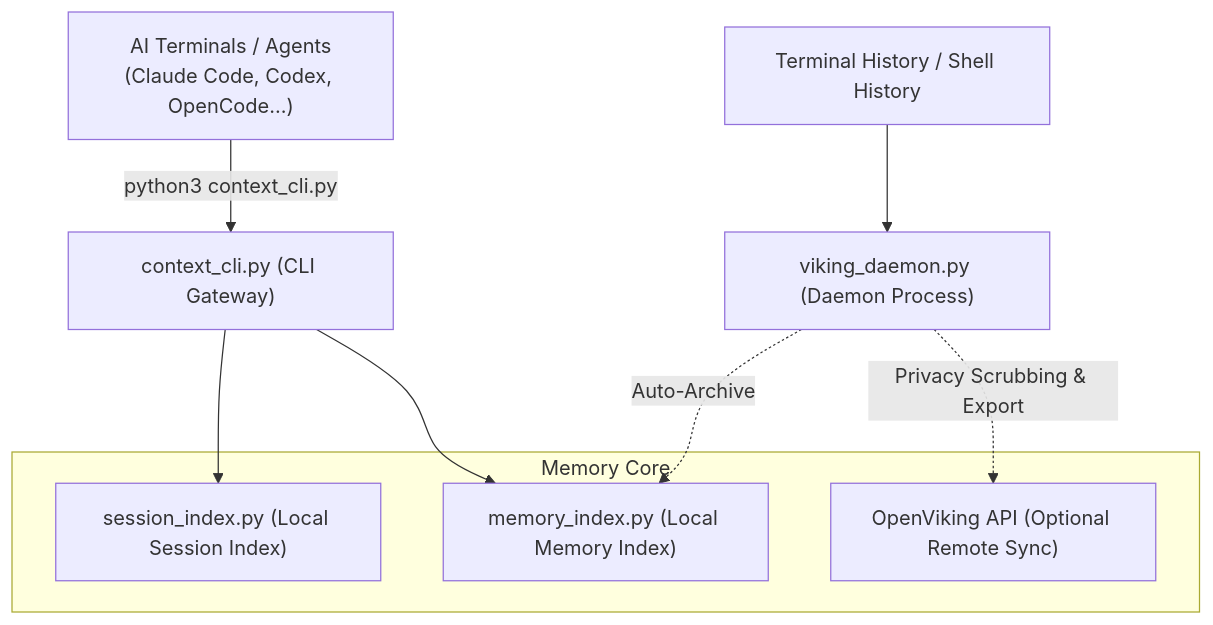
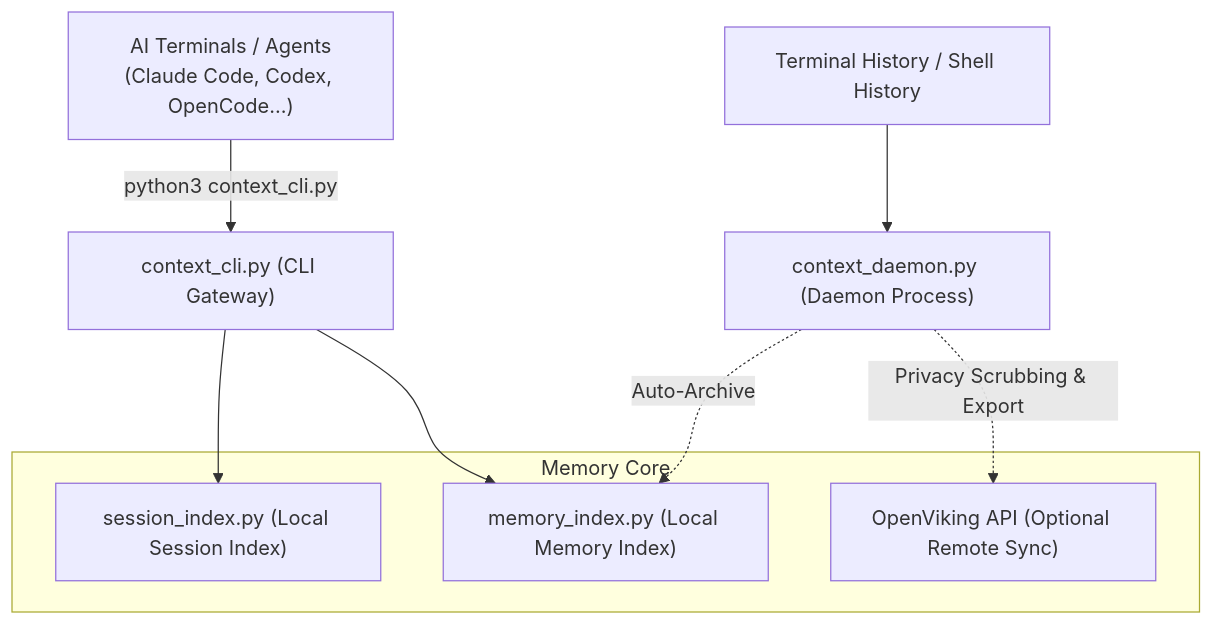
One commit to dunova/context-mesh-foundry changed the second of 2 diagrams in README.md. Above: the diagram before and after it, drawn with Mermaid. The commit also changed other lines of this file and 3 other files, not shown here.

Commit message:
docs: align user-facing naming with context daemon

````diff
--- a/README.md
+++ b/README.md
@@ -296,14 +297,14 @@
 ```mermaid
 graph TD
     A["AI Terminals / Agents<br/>(Claude Code, Codex, OpenCode...)"] -->|python3 context_cli.py| B["context_cli.py (CLI Gateway)"]
     subgraph "Memory Core"
         C["session_index.py (Local Session Index)"]
         D["memory_index.py (Local Memory Index)"]
         E["OpenViking API (Optional Remote Sync)"]
     end
     B --> C
     B --> D
-    F["viking_daemon.py (Daemon Process)"] -.->|Auto-Archive| D
+    F["context_daemon.py (Daemon Process)"] -.->|Auto-Archive| D
     F -.->|Privacy Scrubbing & Export| E
     G[Terminal History / Shell History] --> F
 ```
````
